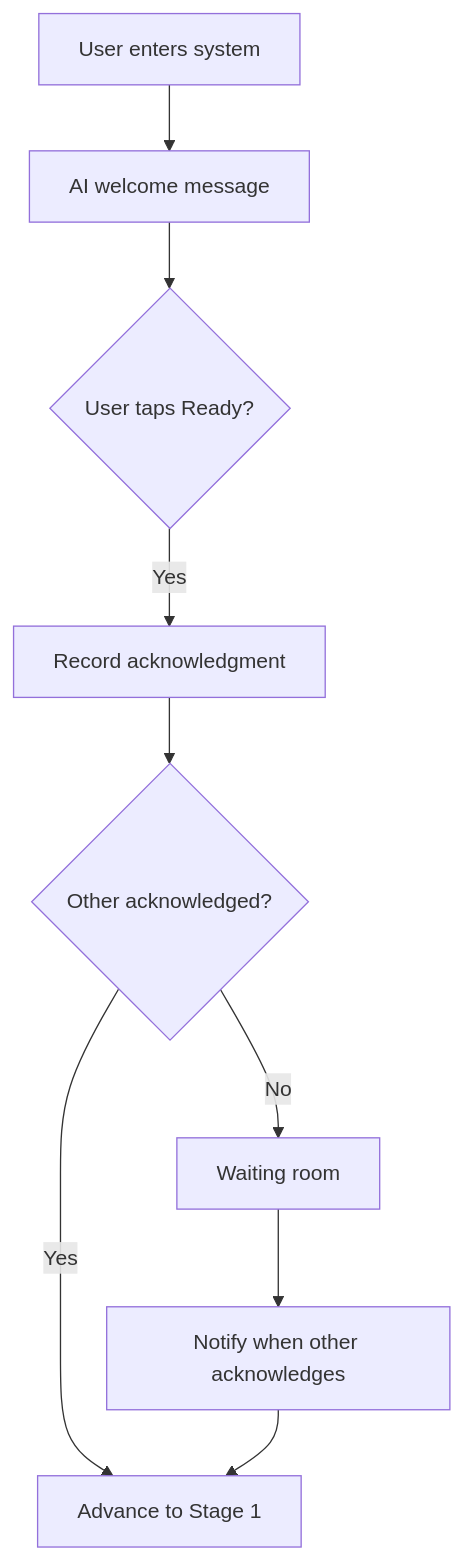
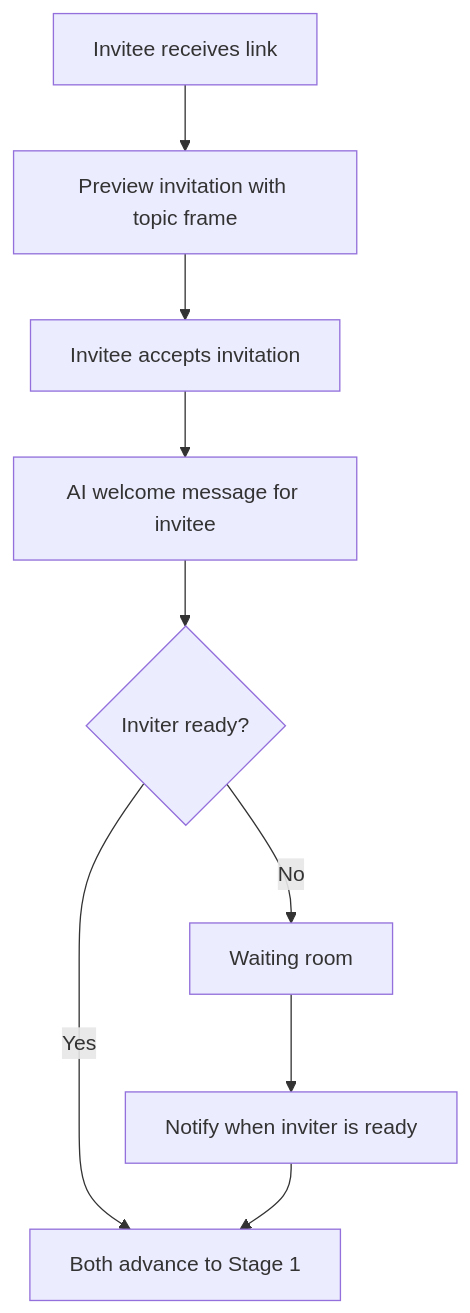
The second of 3 diagrams in docs/product/stages/stage-0-onboarding.md (shantamg/meet-without-fear), drawn with Mermaid before and after one commit. The commit also changed other lines of this file and 6 other files, not shown here.

````diff
--- a/docs/product/stages/stage-0-onboarding.md
+++ b/docs/product/stages/stage-0-onboarding.md
@@ -36,12 +56,11 @@
 ```mermaid
 flowchart TD
-    Entry[User enters system] --> Welcome[AI welcome message]
-    Welcome --> Ready{User taps Ready?}
-    Ready -->|Yes| Acknowledged[Record acknowledgment]
-
-    Acknowledged --> WaitOther{Other acknowledged?}
-    WaitOther -->|Yes| Advance[Advance to Stage 1]
-    WaitOther -->|No| Wait[Waiting room]
-    Wait --> Notify[Notify when other acknowledges]
+    Link[Invitee receives link] --> Preview[Preview invitation with topic frame]
+    Preview --> Accept[Invitee accepts invitation]
+    Accept --> Welcome2[AI welcome message for invitee]
+    Welcome2 --> WaitInviter{Inviter ready?}
+    WaitInviter -->|Yes| Advance[Both advance to Stage 1]
+    WaitInviter -->|No| Wait[Waiting room]
+    Wait --> Notify[Notify when inviter is ready]
     Notify --> Advance
 ```
````
